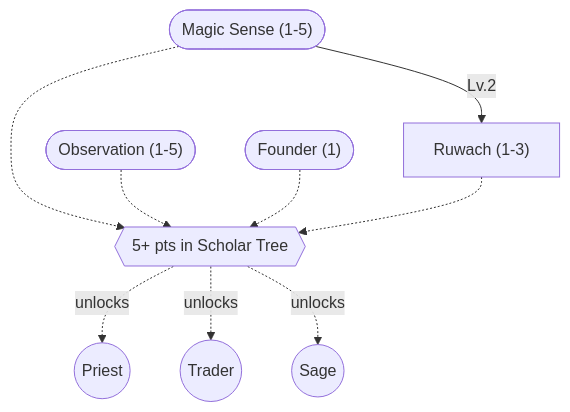
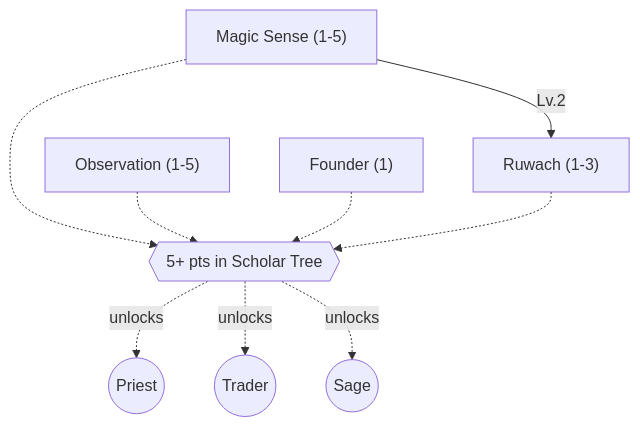
One commit to tfelix/bestia-docs changed the tenth of 16 diagrams in content/docs/mechanics/master.md. Above: the diagram before and after it, drawn with Mermaid. The commit also changed other lines of this file and 2 other files, not shown here.

````diff
--- a/content/docs/mechanics/master.md
+++ b/content/docs/mechanics/master.md
@@ -749,20 +747,20 @@
 ```mermaid
 graph TD
-    MagicSense(["Magic Sense (1-5)"])
-    Observation(["Observation (1-5)"])
-    Founder(["Founder (1)"])
+    MagicSense["Magic Sense (1-5)"]
+    Observation["Observation (1-5)"]
+    Founder["Founder (1)"]
     Ruwach["Ruwach (1-3)"]
     Gate{{"5+ pts in Scholar Tree"}}
     Priest(("Priest"))
     Trader(("Trader"))
     Sage(("Sage"))
 
     MagicSense -->|Lv.2| Ruwach
     MagicSense -.-> Gate
     Observation -.-> Gate
     Founder -.-> Gate
     Ruwach -.-> Gate
     Gate -.->|unlocks| Priest
     Gate -.->|unlocks| Trader
     Gate -.->|unlocks| Sage
 ```
````
